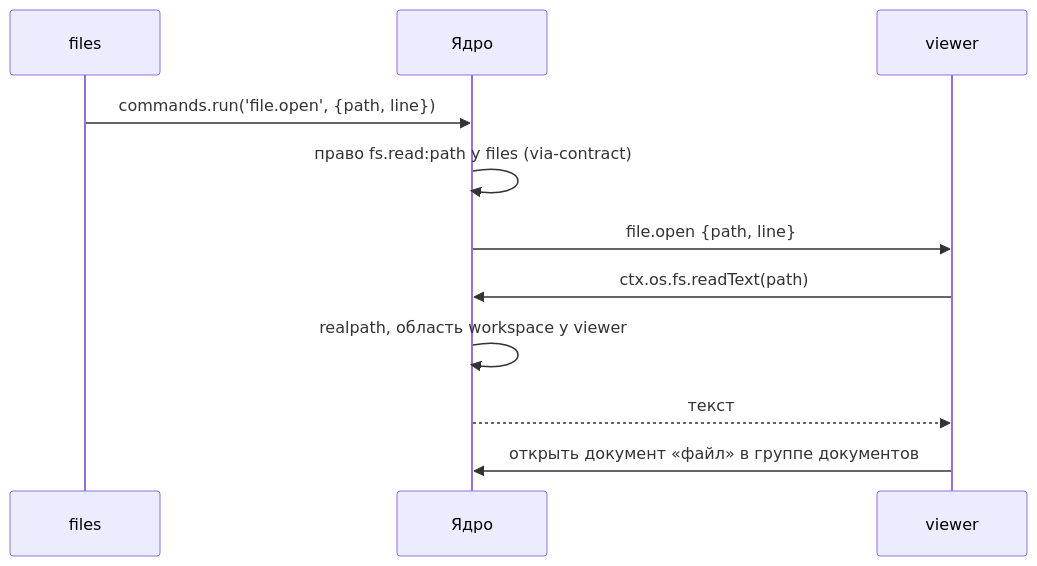
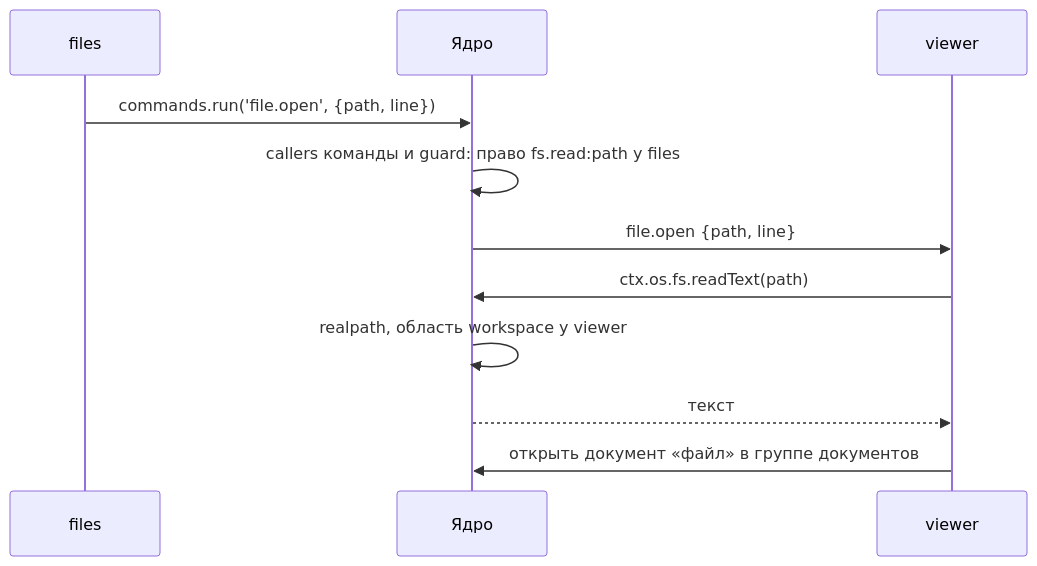
The third of 3 diagrams in docs/03-architecture/design/sad.md (dex-it/cyborg-harness), drawn with Mermaid before and after one commit. The commit also changed other lines of this file and 2 other files, not shown here.

Commit message:
K-22: ADR-CH-0016 (callers у команды), SAD 3.4/3.7/5.1, модель угроз: У-15 закрыта, У-14 - предупреждение checkPlugin в P-09

````diff
--- a/docs/03-architecture/design/sad.md
+++ b/docs/03-architecture/design/sad.md
@@ -680,16 +691,16 @@
 ```mermaid
 sequenceDiagram
   accTitle: Открытие файла из дерева
   accDescr: files вызывает команду file.open через реестр ядра. Ядро проверяет право fs.read у files, находит исполнителя viewer и передаёт вызов. viewer читает файл через ctx.os.fs и открывает документ в группе документов.
 
   participant F as files
   participant K as Ядро
   participant V as viewer
   F->>K: commands.run('file.open', {path, line})
-  K->>K: право fs.read:path у files (via-contract)
+  K->>K: callers команды и guard: право fs.read:path у files
   K->>V: file.open {path, line}
   V->>K: ctx.os.fs.readText(path)
   K->>K: realpath, область workspace у viewer
   K-->>V: текст
   V->>K: открыть документ «файл» в группе документов
 ```
````
